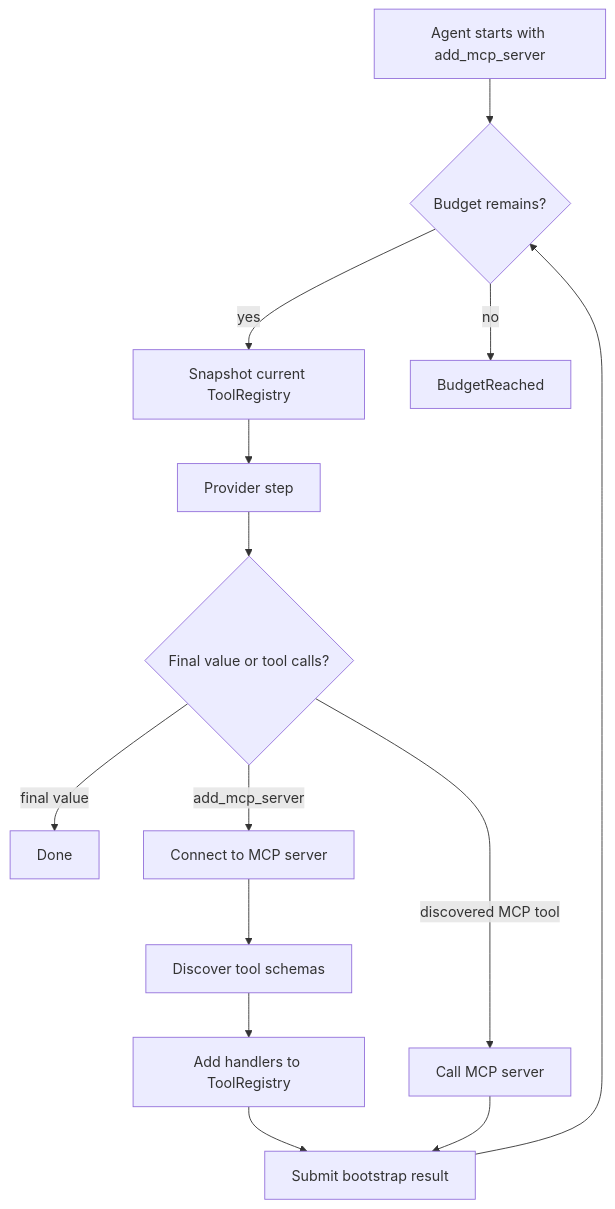
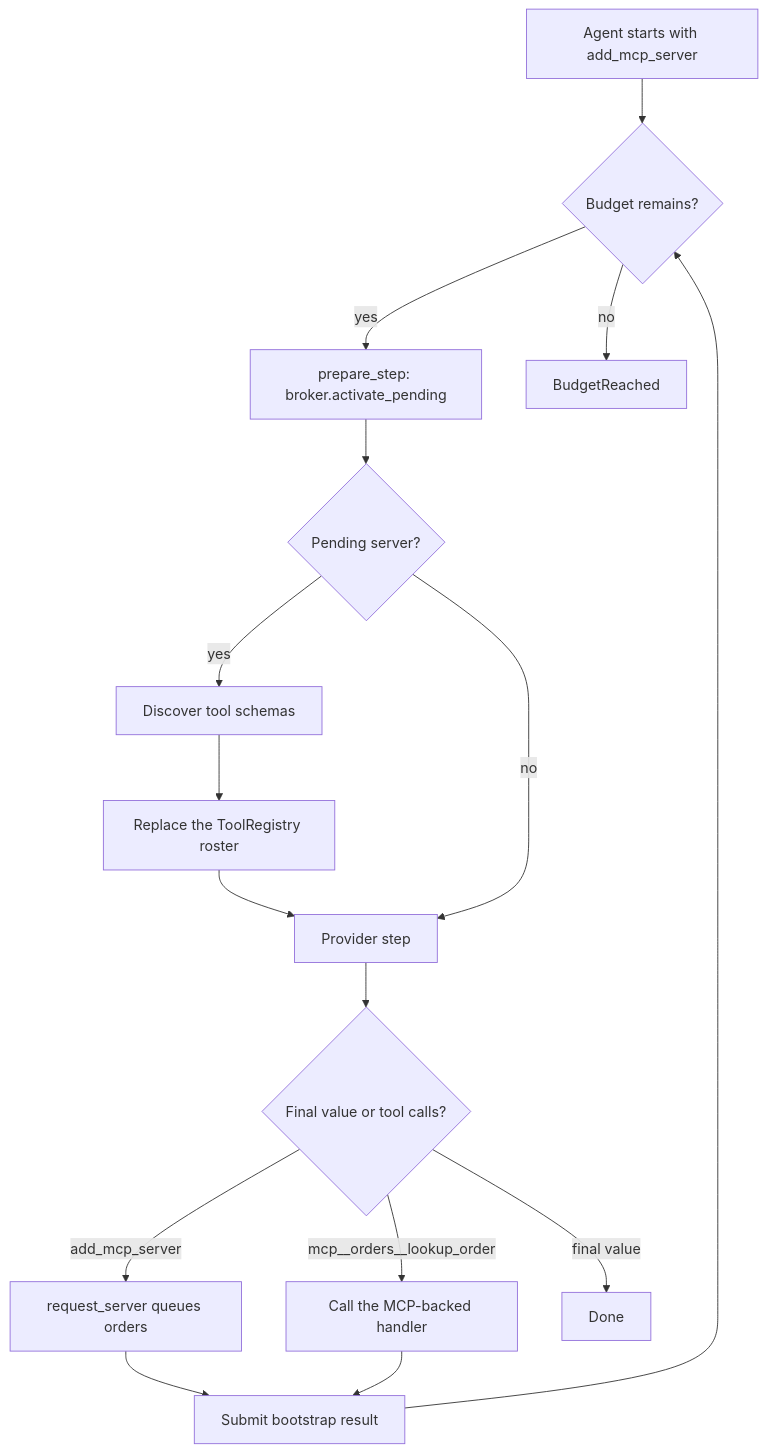
One commit to BoundaryML/baml changed the first of 2 diagrams in baml_language/_plan/bepv4/pages/dynamic-tools-and-mcp.md. Above: the diagram before and after it, drawn with Mermaid. The commit also changed other lines of this file and 229 other files, not shown here.

````diff
--- a/baml_language/_plan/bepv4/pages/dynamic-tools-and-mcp.md
+++ b/baml_language/_plan/bepv4/pages/dynamic-tools-and-mcp.md
@@ -96,16 +143,18 @@
 ```mermaid
 flowchart TD
   agent["Agent starts with add_mcp_server"] --> budget{"Budget remains?"}
-  budget -->|yes| prepare["Snapshot current ToolRegistry"]
-  prepare --> model["Provider step"]
+  budget -->|yes| prepare["prepare_step: broker.activate_pending"]
+  prepare --> roster{"Pending server?"}
+  roster -->|yes| discover["Discover tool schemas"]
+  discover --> registry["Replace the ToolRegistry roster"]
+  registry --> model["Provider step"]
+  roster -->|no| model
   model --> result{"Final value or tool calls?"}
-  result -->|final value| done["Done<Resolution>"]
-  result -->|add_mcp_server| connect["Connect to MCP server"]
-  connect --> discover["Discover tool schemas"]
-  discover --> registry["Add handlers to ToolRegistry"]
-  registry --> submit["Submit bootstrap result"]
-  result -->|discovered MCP tool| mcp["Call MCP server"]
+  result -->|add_mcp_server| connect["request_server queues orders"]
+  connect --> submit["Submit bootstrap result"]
+  result -->|mcp__orders__lookup_order| mcp["Call the MCP-backed handler"]
   mcp --> submit
   submit --> budget
+  result -->|final value| done["Done<Resolution>"]
   budget -->|no| stopped["BudgetReached"]
 ```
````
